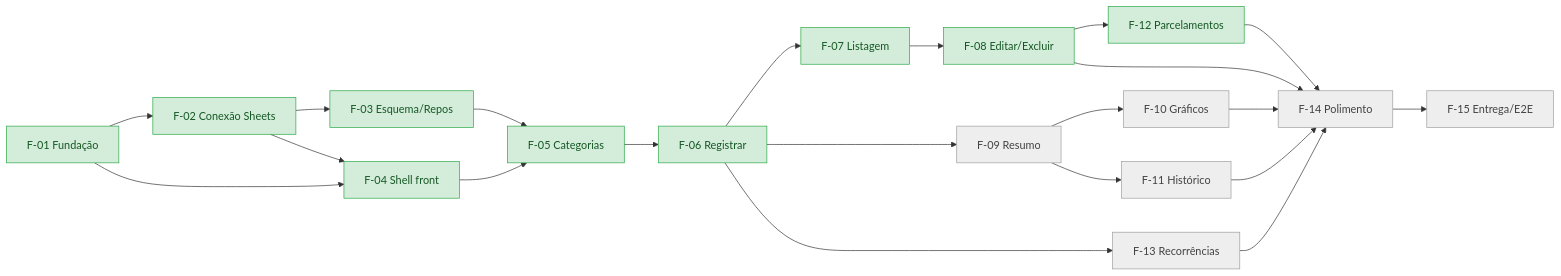
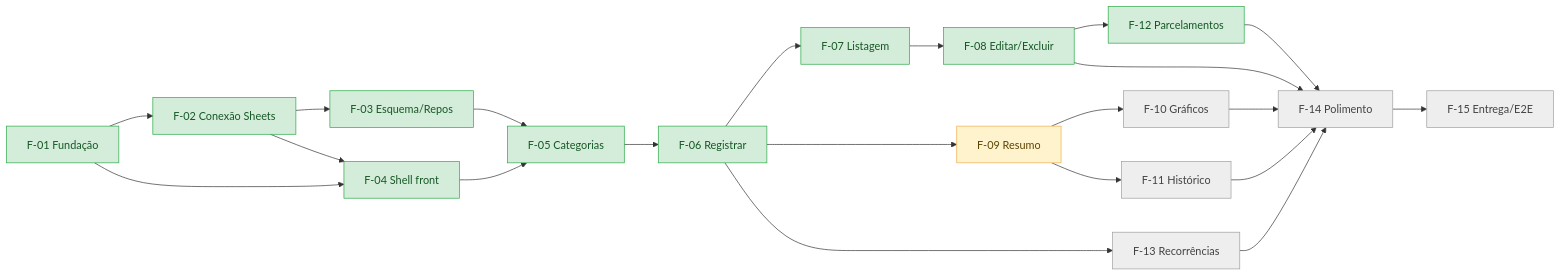
Before and after one commit to Pedrohcs/PlanilhaFinanceira: the diagram in SPECS/05-acompanhamento.md, drawn with Mermaid. The commit also changed other lines of this file and 12 other files, not shown here.

````diff
--- a/SPECS/05-acompanhamento.md
+++ b/SPECS/05-acompanhamento.md
@@ -64,23 +64,24 @@
 ```mermaid
 flowchart LR
     F01[F-01 Fundação] --> F02[F-02 Conexão Sheets] --> F03[F-03 Esquema/Repos]
     F01 --> F04[F-04 Shell front]
     F02 --> F04
     F03 --> F05[F-05 Categorias]
     F04 --> F05
     F05 --> F06[F-06 Registrar]
     F06 --> F07[F-07 Listagem] --> F08[F-08 Editar/Excluir]
     F06 --> F09[F-09 Resumo]
     F09 --> F10[F-10 Gráficos]
     F09 --> F11[F-11 Histórico]
     F08 --> F12[F-12 Parcelamentos]
     F06 --> F13[F-13 Recorrências]
     F08 & F10 & F11 & F12 & F13 --> F14[F-14 Polimento]
     F14 --> F15[F-15 Entrega/E2E]
 
     classDef naoIniciada fill:#eeeeee,stroke:#9e9e9e,color:#424242;
     classDef iniciada fill:#fff3cd,stroke:#f0ad4e,color:#5c4400;
     classDef concluida fill:#d4edda,stroke:#28a745,color:#155724;
-    class F09,F10,F11,F13,F14,F15 naoIniciada;
+    class F10,F11,F13,F14,F15 naoIniciada;
+    class F09 iniciada;
     class F01,F02,F03,F04,F05,F06,F07,F08,F12 concluida;
 ```
````
